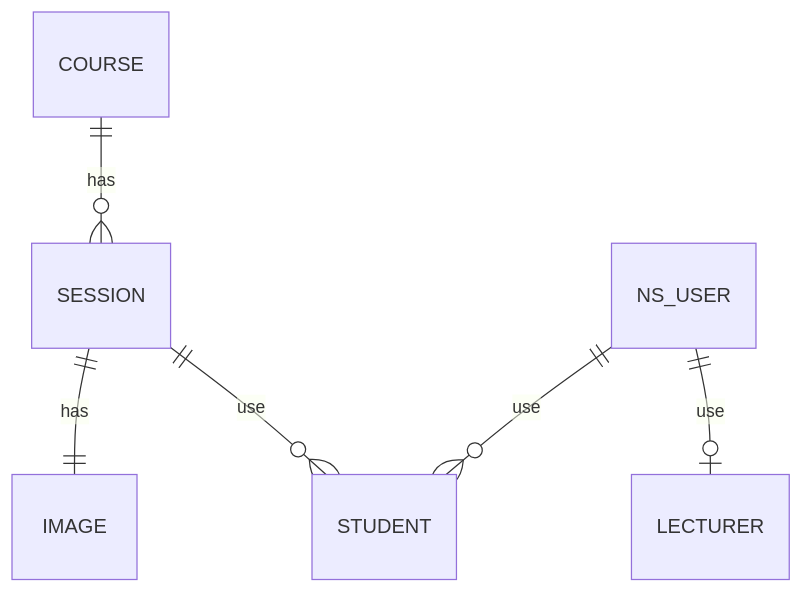
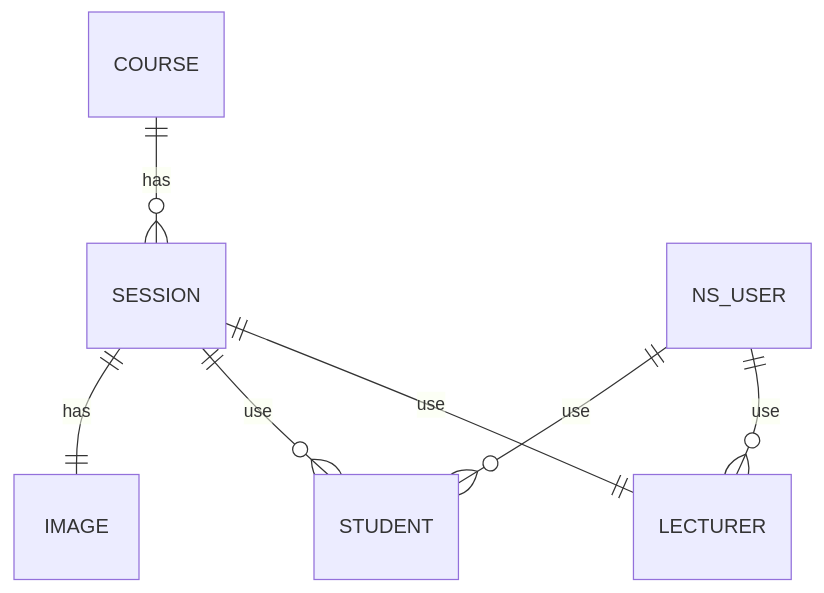
Before and after one commit to rhwlgns4386/java-lms: the diagram in README.md, drawn with Mermaid. The commit also changed other lines of this file and 25 other files, not shown here.

````diff
--- a/README.md
+++ b/README.md
@@ -67,8 +67,9 @@
 ```mermaid
 erDiagram
     COURSE ||--o{ SESSION: has
     SESSION ||--|| IMAGE: has
     SESSION ||--o{ STUDENT: use
     NS_USER ||--o{ STUDENT: use
-    NS_USER ||--o| LECTURER: use
+    NS_USER ||--o{ LECTURER: use
+    SESSION ||--|| LECTURER: use
 ```
````
